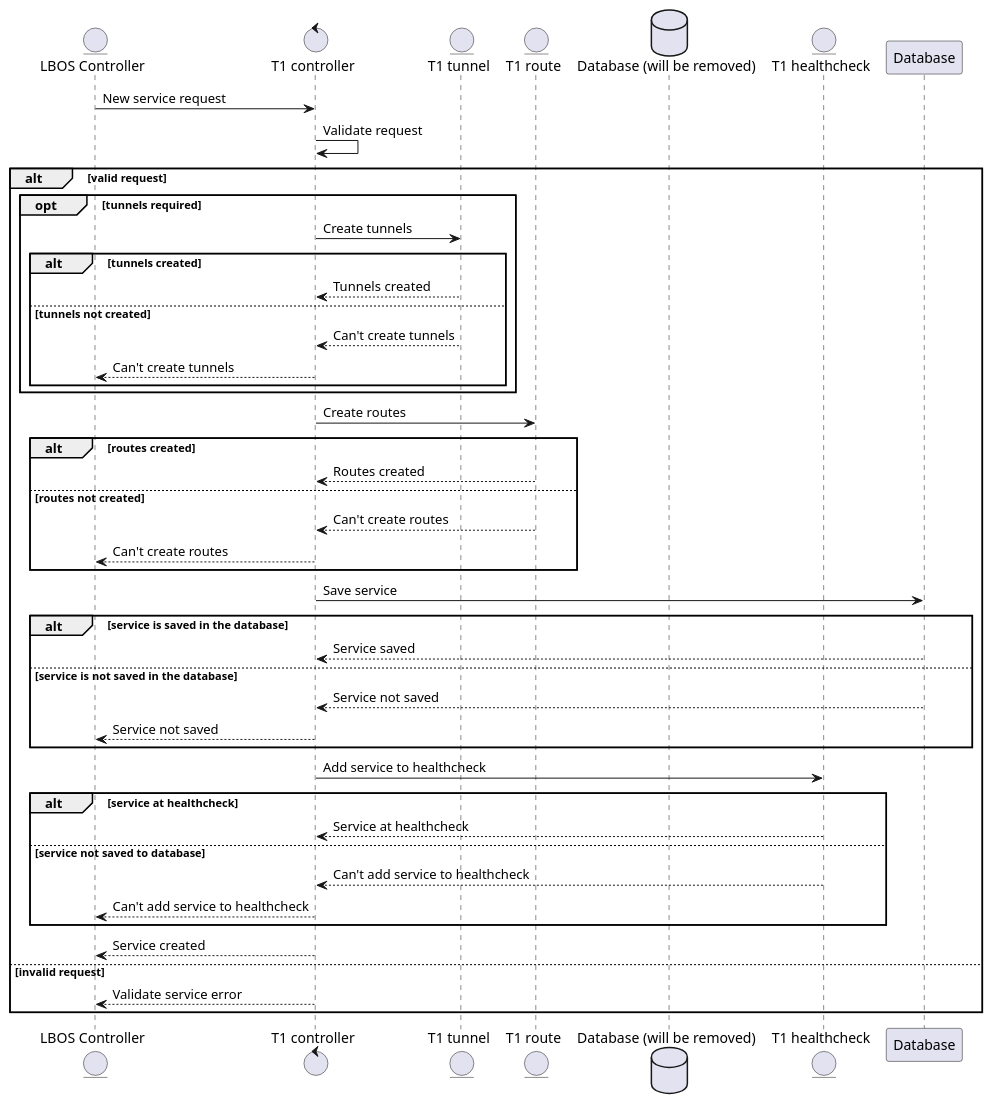
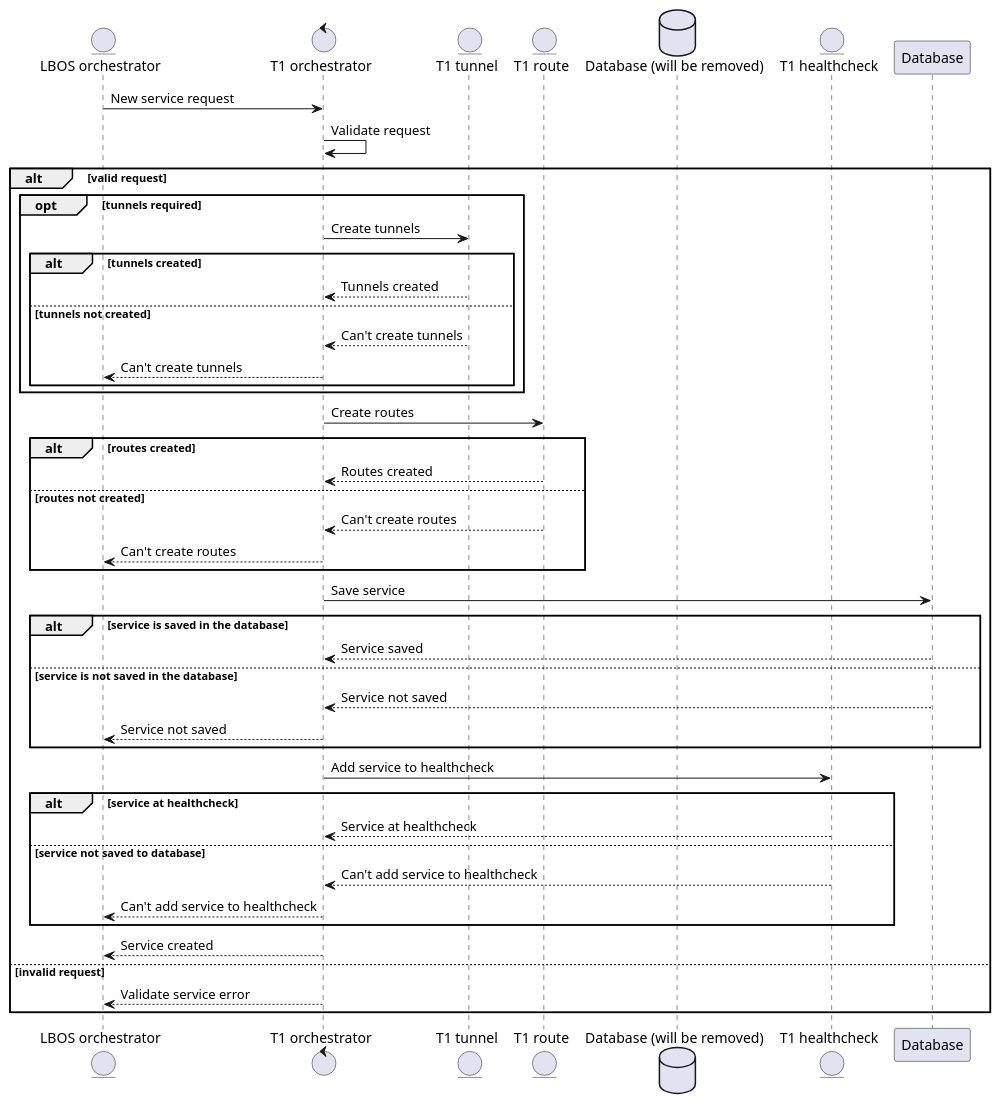
The diagram in create service sequence diagram.puml (khannz/crispy-palm-tree), drawn with PlantUML before and after one commit. The commit also changed 126 other files, not shown here.

Commit message:
rename controller to orchestrator refactor service model rework work logic for application servers

```diff
--- a/create service sequence diagram.puml
+++ b/create service sequence diagram.puml
@@ -1,82 +1,82 @@
 @startuml LBOS Service model
 
-entity "LBOS Controller"
-control "T1 controller"
+entity "LBOS orchestrator"
+control "T1 orchestrator"
 entity "T1 tunnel"
 entity "T1 route"
 database "Database (will be removed)"
 entity "T1 healthcheck"
 
-"LBOS Controller" -> "T1 controller" : New service request
-"T1 controller" -> "T1 controller" : Validate request
+"LBOS orchestrator" -> "T1 orchestrator" : New service request
+"T1 orchestrator" -> "T1 orchestrator" : Validate request
 
 alt valid request
 
     opt tunnels required
     
-        "T1 controller" -> "T1 tunnel" : Create tunnels
+        "T1 orchestrator" -> "T1 tunnel" : Create tunnels
         alt tunnels created
 
-            "T1 tunnel" --> "T1 controller" : Tunnels created
+            "T1 tunnel" --> "T1 orchestrator" : Tunnels created
         
         else tunnels not created
 
-        "T1 tunnel" --> "T1 controller" : Can't create tunnels
-        "T1 controller" --> "LBOS Controller" : Can't create tunnels
+        "T1 tunnel" --> "T1 orchestrator" : Can't create tunnels
+        "T1 orchestrator" --> "LBOS orchestrator" : Can't create tunnels
 
         end
             
     end
     
 
-    "T1 controller" -> "T1 route" : Create routes
+    "T1 orchestrator" -> "T1 route" : Create routes
     
     alt routes created
 
-        "T1 route" --> "T1 controller" : Routes created
+        "T1 route" --> "T1 orchestrator" : Routes created
     
     else routes not created
 
-        "T1 route" --> "T1 controller" : Can't create routes
-        "T1 controller" --> "LBOS Controller" : Can't create routes
+        "T1 route" --> "T1 orchestrator" : Can't create routes
+        "T1 orchestrator" --> "LBOS orchestrator" : Can't create routes
    
     end
 
 
-    "T1 controller" -> "Database" : Save service
+    "T1 orchestrator" -> "Database" : Save service
     
     alt service is saved in the database
 
-        "Database" --> "T1 controller" : Service saved
+        "Database" --> "T1 orchestrator" : Service saved
 
     else service is not saved in the database
 
-        "Database" --> "T1 controller" : Service not saved
-        "T1 controller" --> "LBOS Controller" : Service not saved
+        "Database" --> "T1 orchestrator" : Service not saved
+        "T1 orchestrator" --> "LBOS orchestrator" : Service not saved
 
     end
 
 
-    "T1 controller" -> "T1 healthcheck" : Add service to healthcheck
+    "T1 orchestrator" -> "T1 healthcheck" : Add service to healthcheck
 
     alt service at healthcheck
 
-        "T1 healthcheck" --> "T1 controller" : Service at healthcheck
+        "T1 healthcheck" --> "T1 orchestrator" : Service at healthcheck
 
     else service not saved to database
 
-        "T1 healthcheck" --> "T1 controller" : Can't add service to healthcheck
-        "T1 controller" --> "LBOS Controller" : Can't add service to healthcheck
+        "T1 healthcheck" --> "T1 orchestrator" : Can't add service to healthcheck
+        "T1 orchestrator" --> "LBOS orchestrator" : Can't add service to healthcheck
 
     end
 
 
-    "T1 controller" --> "LBOS Controller" : Service created
+    "T1 orchestrator" --> "LBOS orchestrator" : Service created
 
 else invalid request
 
-    "T1 controller" --> "LBOS Controller" : Validate service error
+    "T1 orchestrator" --> "LBOS orchestrator" : Validate service error
 
 end
 
 @enduml
```
